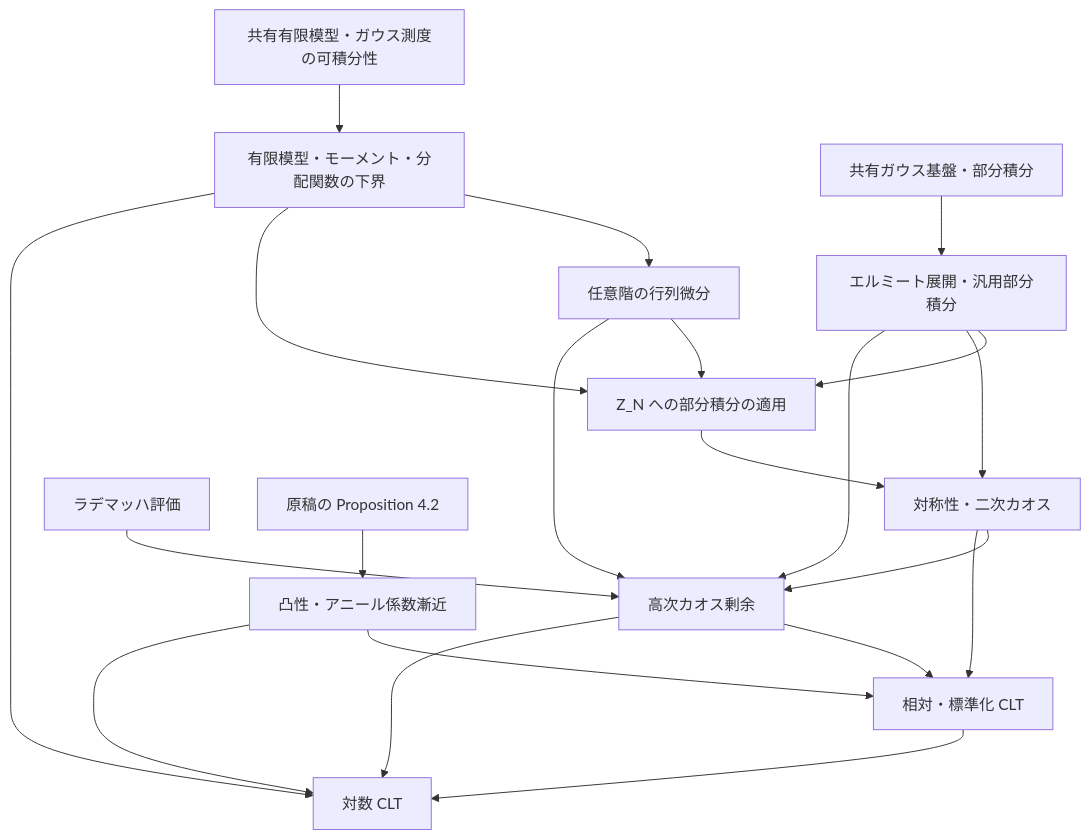
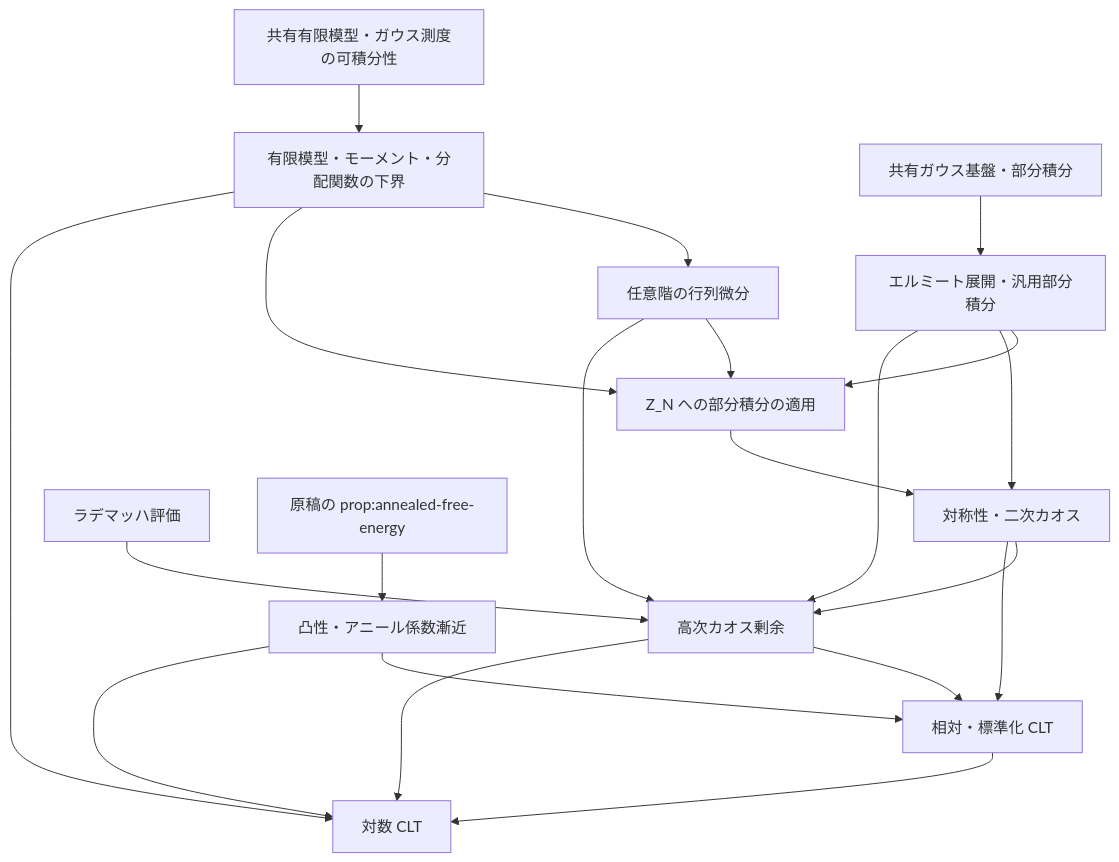
Before and after one commit to TokyoProbabilityGroup/SYK_CLT: the diagram in CLT/ARCHITECTURE.md, drawn with Mermaid. The commit also changed other lines of this file and 14 other files, not shown here.

````diff
--- a/CLT/ARCHITECTURE.md
+++ b/CLT/ARCHITECTURE.md
@@ -123,23 +146,23 @@
 ```mermaid
 flowchart TD
     shared["共有有限模型・ガウス測度の可積分性"] --> finite["有限模型・モーメント・分配関数の下界"]
     gaussian["共有ガウス基盤・部分積分"] --> hermite["エルミート展開・汎用部分積分"]
     finite --> derivatives["任意階の行列微分"]
     hermite --> zIBP["Z_N への部分積分の適用"]
     finite --> zIBP
     derivatives --> zIBP
     zIBP --> second["対称性・二次カオス"]
     hermite --> second
     hermite --> remainder["高次カオス剰余"]
     second --> remainder
     derivatives --> remainder
     rademacher["ラデマッハ評価"] --> remainder
-    external["原稿の Proposition 4.2"] --> annealed["凸性・アニール係数漸近"]
+    external["原稿の prop:annealed-free-energy"] --> annealed["凸性・アニール係数漸近"]
     second --> clt["相対・標準化 CLT"]
     remainder --> clt
     annealed --> clt
     clt --> logclt["対数 CLT"]
     finite --> logclt
     remainder --> logclt
     annealed --> logclt
 ```
````
